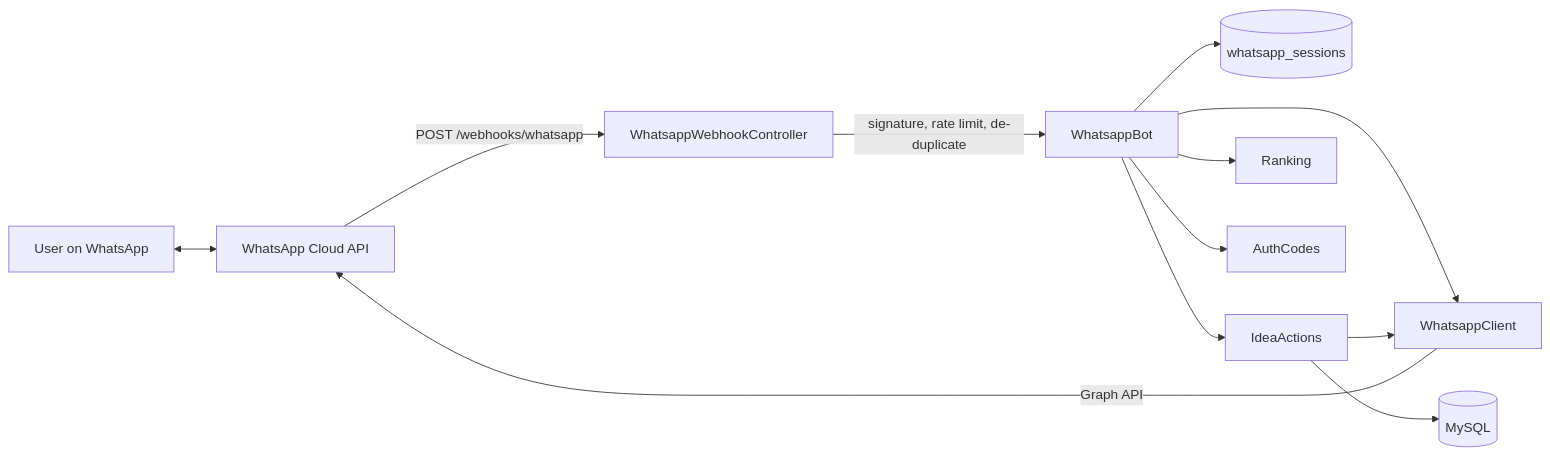
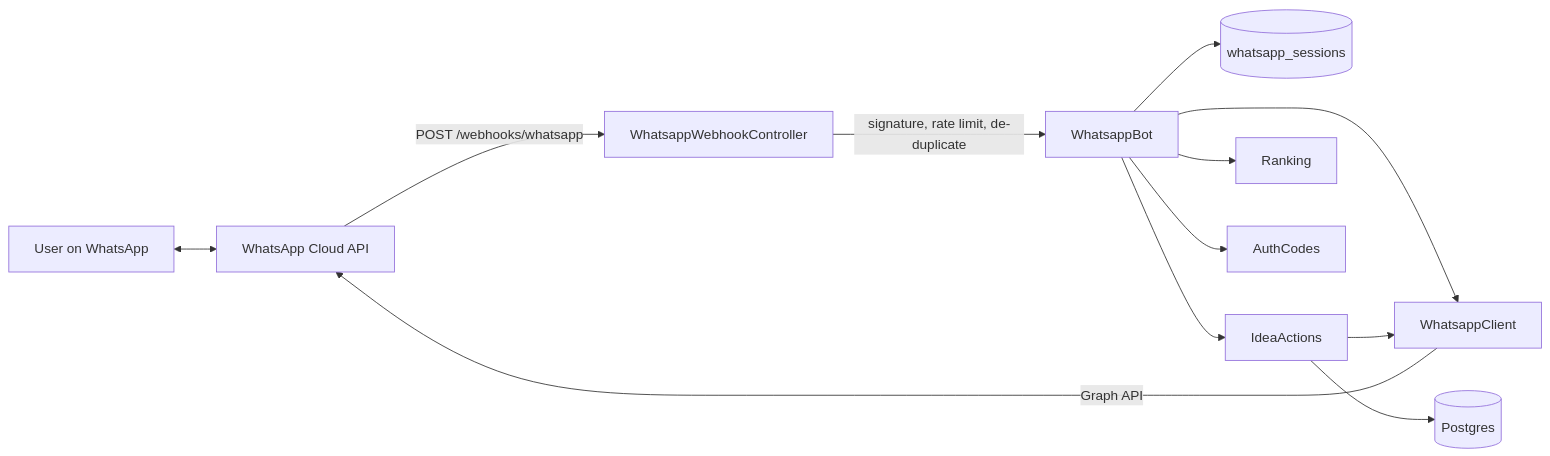
Before and after one commit to Nqobileee/zb-idea-manager: diagram 11 of 18 in docs/DOCUMENTATION.md, drawn with Mermaid. The commit also changed other lines of this file and 9 other files, not shown here.

````diff
--- a/docs/DOCUMENTATION.md
+++ b/docs/DOCUMENTATION.md
@@ -404,14 +404,14 @@
 ```mermaid
 flowchart LR
     U[User on WhatsApp] <--> META[WhatsApp Cloud API]
     META -->|POST /webhooks/whatsapp| WH[WhatsappWebhookController]
     WH -->|signature, rate limit, de-duplicate| BOT[WhatsappBot]
     BOT --> SESS[(whatsapp_sessions)]
     BOT --> ACT[IdeaActions]
     BOT --> RANK[Ranking]
     BOT --> AUTH[AuthCodes]
     BOT --> CLI[WhatsappClient]
     ACT --> CLI
     CLI -->|Graph API| META
-    ACT --> DB[(MySQL)]
+    ACT --> DB[(Postgres)]
 ```
````
